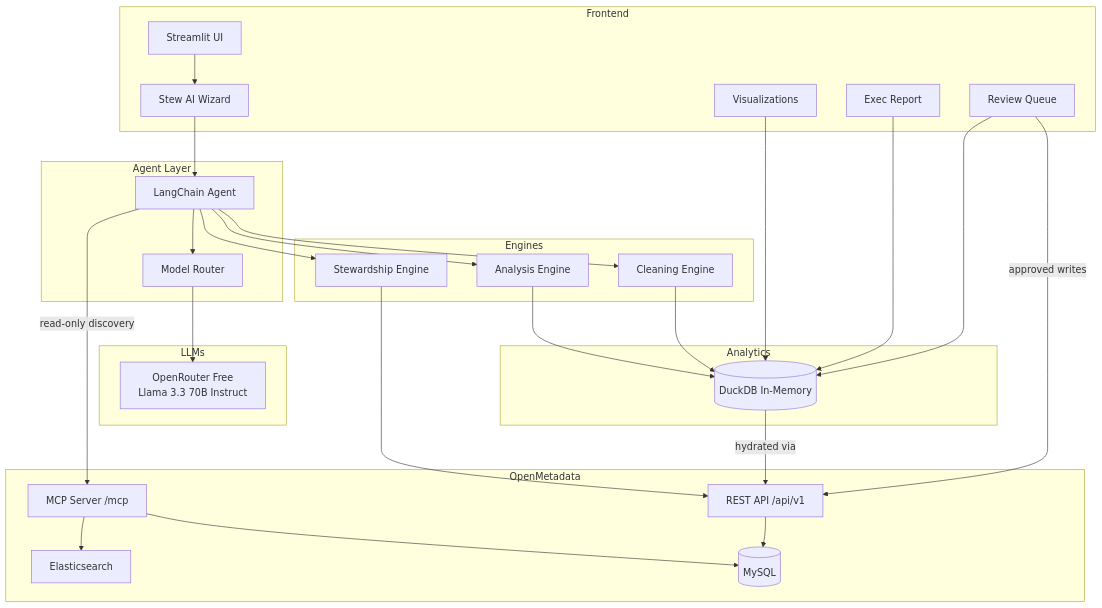
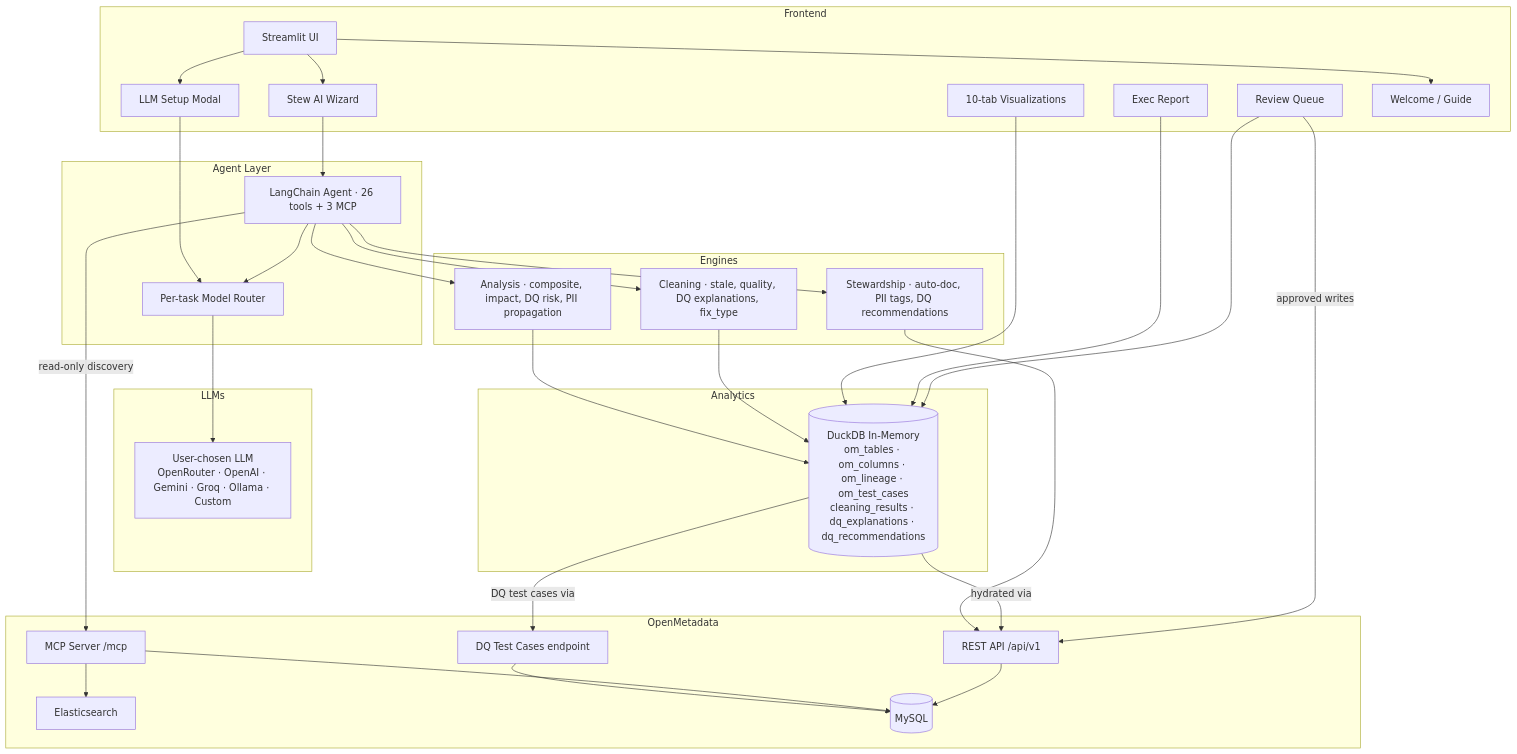
Before and after one commit to blueberrylinux/metasift: the diagram in README.md, drawn with Mermaid. The commit also changed other lines of this file and 1 other file, not shown here.

````diff
--- a/README.md
+++ b/README.md
@@ -100,56 +137,64 @@
 ```mermaid
 graph TB
     subgraph Frontend
         UI[Streamlit UI]
         Stew[Stew AI Wizard]
-        Viz[Visualizations]
+        Viz[10-tab Visualizations]
         RQ[Review Queue]
         Rep[Exec Report]
+        LLMSetup[LLM Setup Modal]
+        Guide[Welcome / Guide]
     end
 
     subgraph Agent Layer
-        Agent[LangChain Agent]
-        MR[Model Router]
+        Agent[LangChain Agent · 26 tools + 3 MCP]
+        MR[Per-task Model Router]
     end
 
     subgraph Engines
-        AE[Analysis Engine]
-        SE[Stewardship Engine]
-        CE[Cleaning Engine]
+        AE[Analysis · composite, impact, DQ risk, PII propagation]
+        SE[Stewardship · auto-doc, PII tags, DQ recommendations]
+        CE[Cleaning · stale, quality, DQ explanations, fix_type]
     end
 
     subgraph OpenMetadata
         MCP[MCP Server /mcp]
         REST[REST API /api/v1]
+        DQ[DQ Test Cases endpoint]
         ES[Elasticsearch]
         DB[(MySQL)]
     end
 
     subgraph LLMs
-        OR[OpenRouter Free\nLlama 3.3 70B Instruct]
+        OR[User-chosen LLM\nOpenRouter · OpenAI · Gemini · Groq · Ollama · Custom]
     end
 
     subgraph Analytics
-        DDB[(DuckDB In-Memory)]
+        DDB[(DuckDB In-Memory\nom_tables · om_columns · om_lineage · om_test_cases\ncleaning_results · dq_explanations · dq_recommendations)]
     end
 
     UI --> Stew
+    UI --> LLMSetup
+    UI --> Guide
+    LLMSetup --> MR
     Stew --> Agent
     Agent --> MR
     MR --> OR
     Agent --> AE
     Agent --> SE
     Agent --> CE
     Agent -->|read-only discovery| MCP
     AE --> DDB
     CE --> DDB
     SE --> REST
     DDB -->|hydrated via| REST
+    DDB -->|DQ test cases via| DQ
+    DQ --> DB
     MCP --> ES
     MCP --> DB
     REST --> DB
     Viz --> DDB
     Rep --> DDB
     RQ --> DDB
     RQ -->|approved writes| REST
 ```
````
